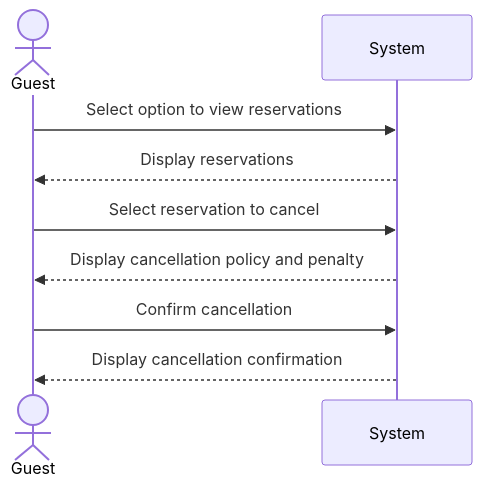
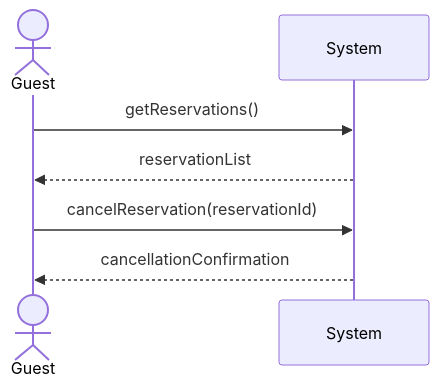
One commit to JaceYar/Software1-Proj changed the diagram in Documentation/User-Cases/CancelReservation.md. Above: the diagram before and after it, drawn with Mermaid. The commit also changed 18 other files, not shown here.

````diff
--- a/Documentation/User-Cases/CancelReservation.md
+++ b/Documentation/User-Cases/CancelReservation.md
@@ -11,12 +11,10 @@
 ```mermaid
 sequenceDiagram
     actor Guest
     participant System
 
-    Guest->>System: Select option to view reservations
-    System-->>Guest: Display reservations
-    Guest->>System: Select reservation to cancel
-    System-->>Guest: Display cancellation policy and penalty
-    Guest->>System: Confirm cancellation
-    System-->>Guest: Display cancellation confirmation
+    Guest->>System: getReservations()
+    System-->>Guest: reservationList
+    Guest->>System: cancelReservation(reservationId)
+    System-->>Guest: cancellationConfirmation
 ```
````
